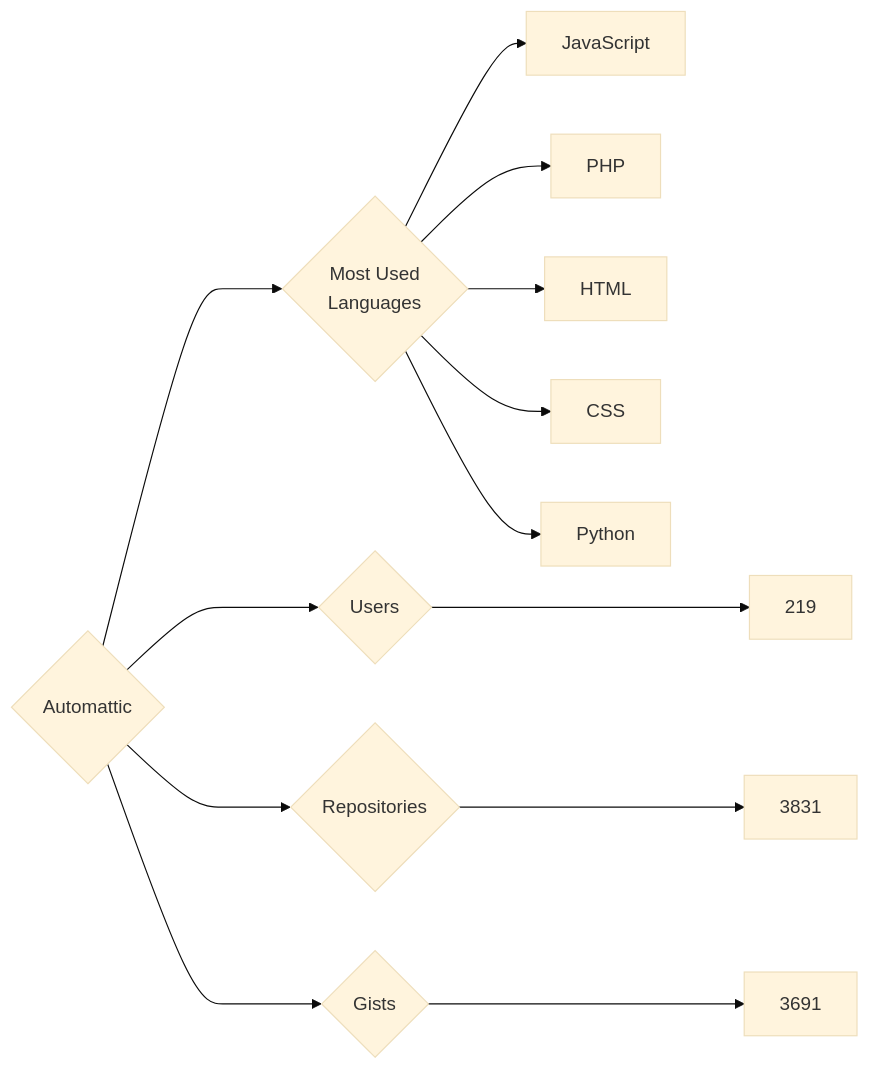
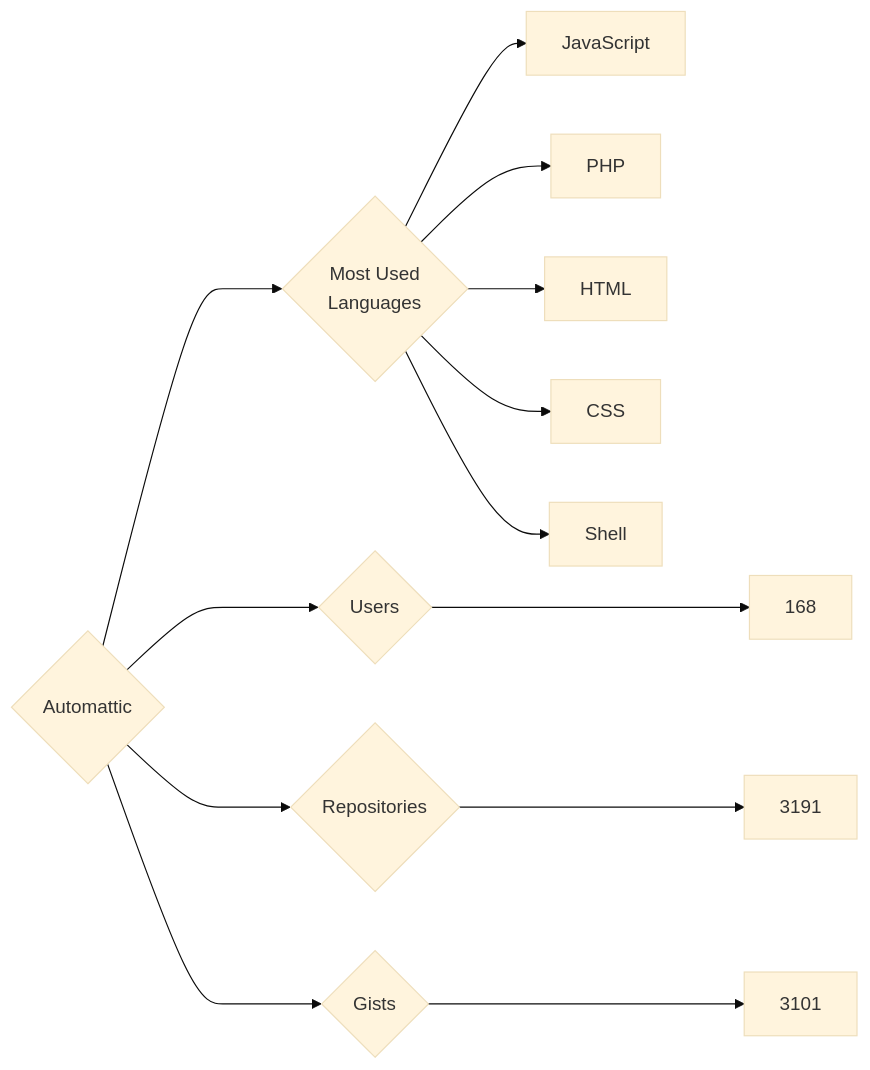
Before and after one commit to trickest/insiders: the diagram in targets/Automattic/README.md, drawn with Mermaid (base theme). The commit also changed 899 other files, not shown here.

````diff
--- a/targets/Automattic/README.md
+++ b/targets/Automattic/README.md
@@ -3,13 +3,13 @@
 ```mermaid
 graph LR
 COMPANY_NAME{Automattic}
-COMPANY_NAME ---> U{Users} ---> UN[219]
-COMPANY_NAME ---> R{Repositories} ---> RN[3831]
-COMPANY_NAME ---> G{Gists} ---> GN[3691]
+COMPANY_NAME ---> U{Users} ---> UN[168]
+COMPANY_NAME ---> R{Repositories} ---> RN[3191]
+COMPANY_NAME ---> G{Gists} ---> GN[3101]
 COMPANY_NAME ---> ML{Most Used<br>Languages}
 ML --> JavaScript[JavaScript]
 ML --> PHP[PHP]
 ML --> HTML[HTML]
 ML --> CSS[CSS]
-ML --> Python[Python]
+ML --> Shell[Shell]
 ```
````
